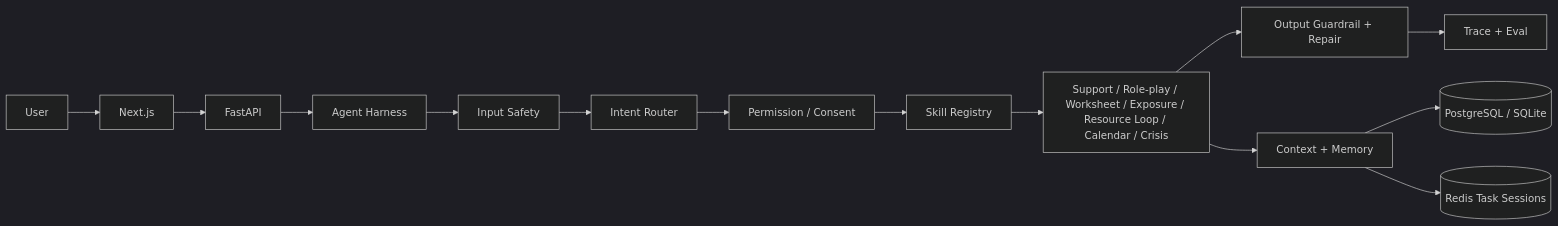
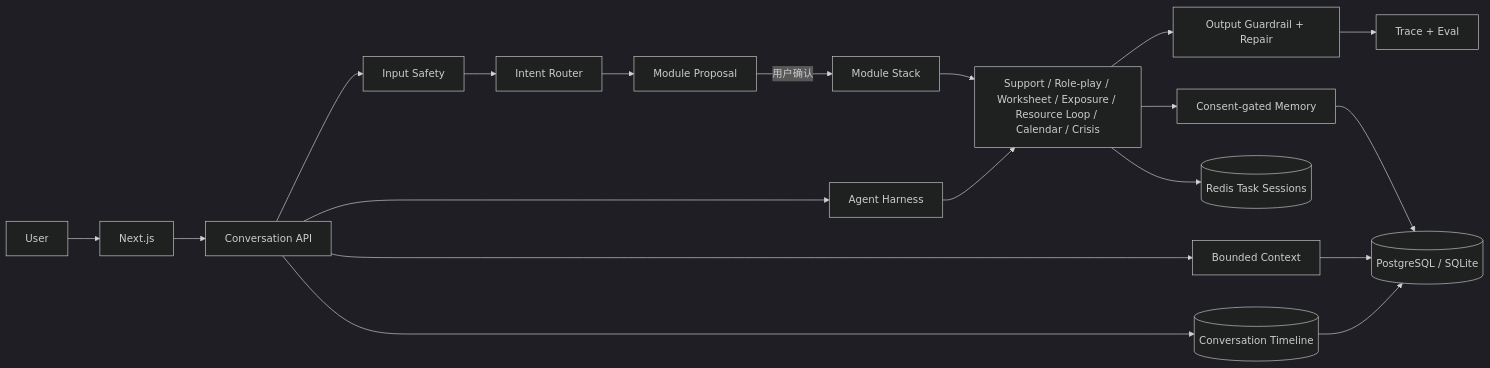
One commit to mortis-wakaba/socialease-agent changed the diagram in README.md. Above: the diagram before and after it, drawn with Mermaid (dark theme). The commit also changed other lines of this file and 16 other files, not shown here.

````diff
--- a/README.md
+++ b/README.md
@@ -9,16 +9,21 @@
 ```mermaid
 flowchart LR
     U[User] --> FE[Next.js]
-    FE --> API[FastAPI]
-    API --> H[Agent Harness]
-    H --> S[Input Safety]
+    FE --> C[Conversation API]
+    C --> S[Input Safety]
     S --> R[Intent Router]
-    R --> P[Permission / Consent]
-    P --> K[Skill Registry]
-    K --> A[Support / Role-play / Worksheet / Exposure / Resource Loop / Calendar / Crisis]
+    R --> P[Module Proposal]
+    P -->|用户确认| M[Module Stack]
+    C --> H[Agent Harness]
+    H --> A[Support / Role-play / Worksheet / Exposure / Resource Loop / Calendar / Crisis]
+    M --> A
     A --> O[Output Guardrail + Repair]
-    A --> M[Context + Memory]
-    O --> T[Trace + Eval]
-    M --> DB[(PostgreSQL / SQLite)]
-    M --> Redis[(Redis Task Sessions)]
+    C --> CTX[Bounded Context]
+    C --> T[(Conversation Timeline)]
+    A --> MEM[Consent-gated Memory]
+    O --> TR[Trace + Eval]
+    CTX --> DB[(PostgreSQL / SQLite)]
+    T --> DB
+    MEM --> DB
+    A --> Redis[(Redis Task Sessions)]
 ```
````
